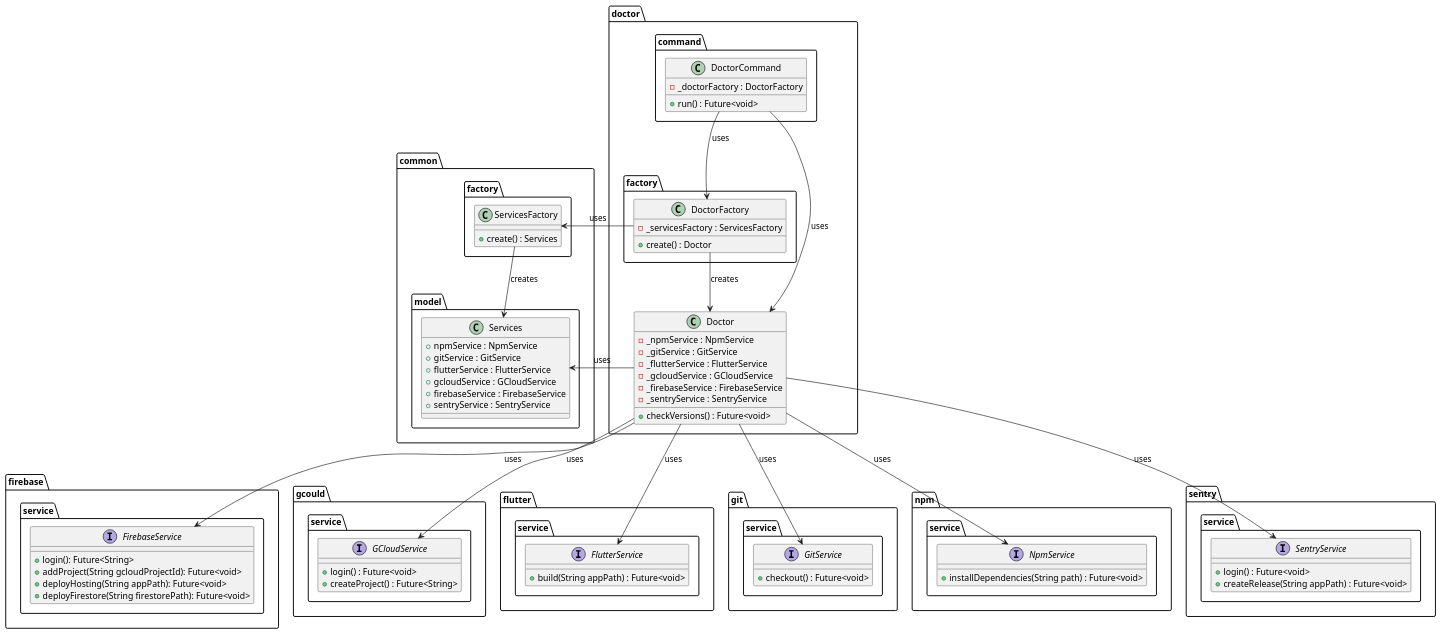
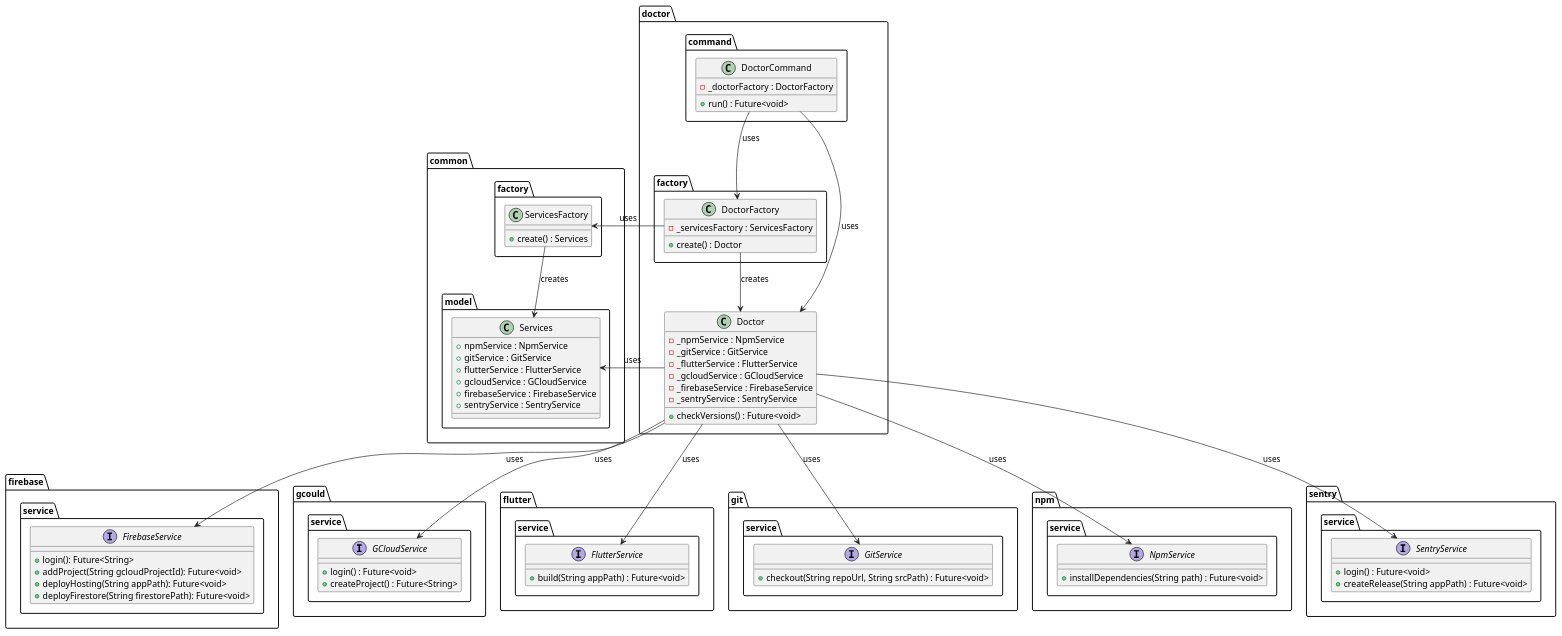
Before and after one commit to Flank/flank-dashboard: the diagram in metrics/cli/docs/diagrams/doctor_command_class_diagram.puml, drawn with PlantUML. The commit also changed 16 other files, not shown here.

```diff
--- a/metrics/cli/docs/diagrams/doctor_command_class_diagram.puml
+++ b/metrics/cli/docs/diagrams/doctor_command_class_diagram.puml
@@ -1,105 +1,105 @@
 @startuml doctor_command_class_diagram
 
 package firebase.service {
     interface FirebaseService {
         + login(): Future<String>
         + addProject(String gcloudProjectId): Future<void>
         + deployHosting(String appPath): Future<void>
         + deployFirestore(String firestorePath): Future<void>
     }
 }
 
 package gcould.service {
     interface GCloudService {
         + login() : Future<void>
         + createProject() : Future<String>
     }
 }
 
 package flutter.service {
     interface FlutterService  {
         + build(String appPath) : Future<void>
     }
 }
 
 package git.service{
     interface GitService  {
-        + checkout() : Future<void>
+        + checkout(String repoUrl, String srcPath) : Future<void>
     }
 }
 
 package npm.service {
     interface NpmService  {
         + installDependencies(String path) : Future<void>
     }
 }
 
 package sentry.service{
     interface SentryService  {
         + login() : Future<void>
         + createRelease(String appPath) : Future<void>
     }
 }
 
 package common {
     package model {
         class Services {
             + npmService : NpmService
             + gitService : GitService
             + flutterService : FlutterService
             + gcloudService : GCloudService
             + firebaseService : FirebaseService
             + sentryService : SentryService
         }
     }
 
     package factory as common.factory{
         class ServicesFactory {
             + create() : Services
         }
     }
 }
 
 package doctor {
     package command {
         class DoctorCommand {
             - _doctorFactory : DoctorFactory
             + run() : Future<void>
         }
     }
 
     package factory {
         class DoctorFactory {
             - _servicesFactory : ServicesFactory
             + create() : Doctor
         }
     }
 
     class Doctor {
         - _npmService : NpmService
         - _gitService : GitService
         - _flutterService : FlutterService
         - _gcloudService : GCloudService
         - _firebaseService : FirebaseService
         - _sentryService : SentryService
         + checkVersions() : Future<void>
     }
 }
 
 DoctorCommand -down-> Doctor : uses
 DoctorCommand --> DoctorFactory : uses
 
 DoctorFactory --> Doctor : creates
 DoctorFactory -left-> ServicesFactory : uses
 
 ServicesFactory --> Services : creates
 
 Doctor -down-> NpmService : uses
 Doctor -down-> GitService : uses
 Doctor -down-> FlutterService : uses
 Doctor -down-> GCloudService : uses
 Doctor -down-> FirebaseService : uses
 Doctor -down-> SentryService : uses
 Doctor -left-> Services : uses
 
 @enduml
```
